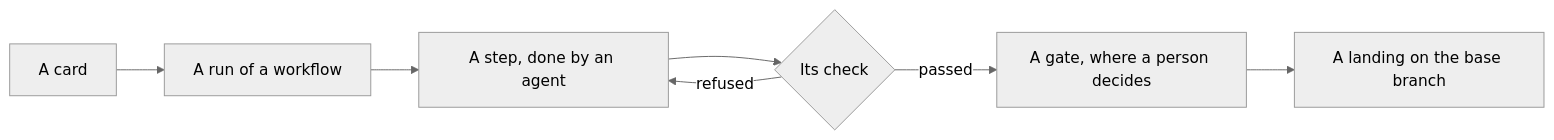
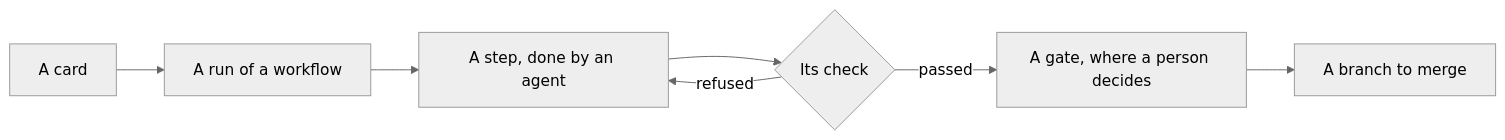
Before and after one commit to emyann/nemia: the diagram in apps/docs/src/content/docs/index.mdx, drawn with Mermaid (neutral theme). The commit also changed other lines of this file and 9 other files, not shown here.

````diff
--- a/apps/docs/src/content/docs/index.mdx
+++ b/apps/docs/src/content/docs/index.mdx
@@ -26,9 +25,9 @@
 ```mermaid
 flowchart LR
   card[A card] --> run[A run of a workflow]
   run --> step[A step, done by an agent]
   step --> check{Its check}
   check -->|refused| step
   check -->|passed| gate[A gate, where a person decides]
-  gate --> landing[A landing on the base branch]
+  gate --> branch[A branch to merge]
 ```
````
